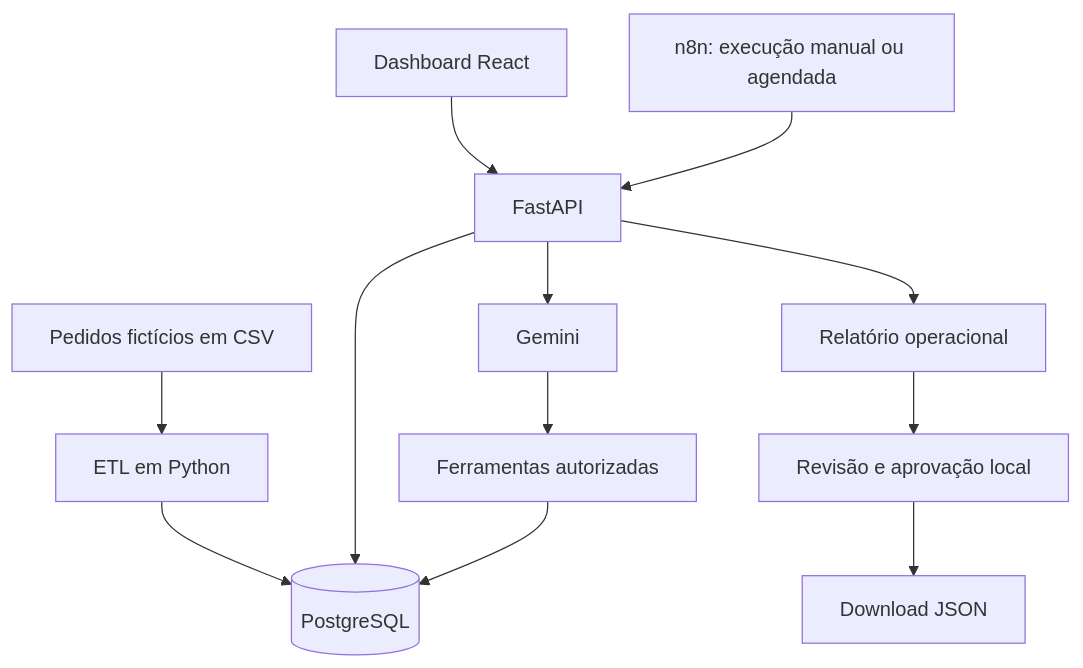
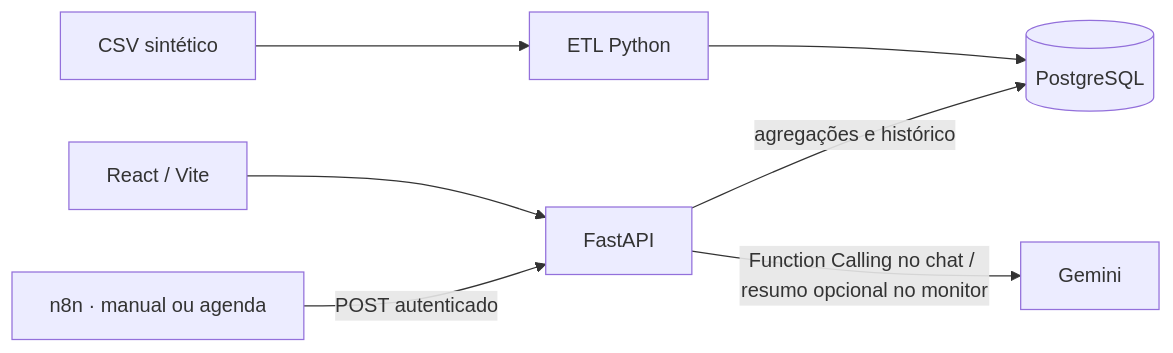
Before and after one commit to GabrielTIAlef/agente_inteligencia_operacional: the diagram in README.md, drawn with Mermaid. The commit also changed other lines of this file and 10 other files, not shown here.

````diff
--- a/README.md
+++ b/README.md
@@ -154,18 +30,8 @@
-```mermaid
-flowchart TD
-    CSV["Pedidos fictícios em CSV"] --> ETL["ETL em Python"]
-    ETL --> PG[("PostgreSQL")]
-
-    UI["Dashboard React"] --> API["FastAPI"]
-    N8N["n8n: execução manual ou agendada"] --> API
-
-    API --> PG
-    API --> GEMINI["Gemini"]
-
-    GEMINI --> TOOLS["Ferramentas autorizadas"]
-    TOOLS --> PG
-
-    API --> REPORT["Relatório operacional"]
-    REPORT --> APPROVAL["Revisão e aprovação local"]
-    APPROVAL --> EXPORT["Download JSON"]
-```
+~~~mermaid
+flowchart LR
+  CSV["CSV sintético"] --> ETL["ETL Python"] --> DB[("PostgreSQL")]
+  UI["React / Vite"] --> API["FastAPI"]
+  N8N["n8n · manual ou agenda"] -->|POST autenticado| API
+  API -->|agregações e histórico| DB
+  API -->|"Function Calling no chat / resumo opcional no monitor"| GEMINI["Gemini"]
+~~~
````
